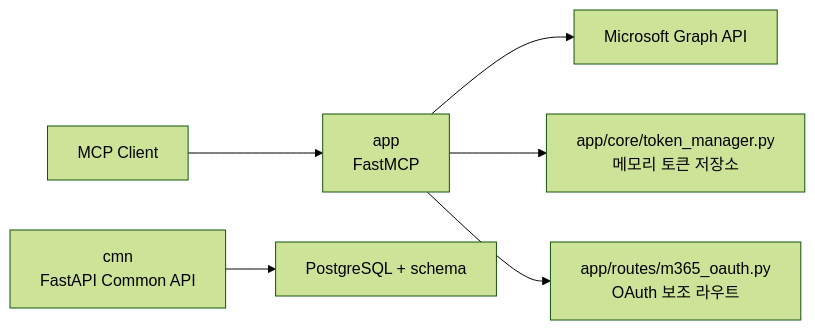
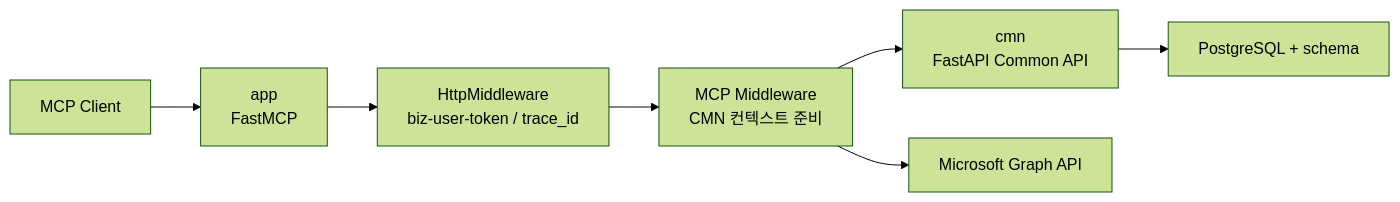
One commit to leodev901/mcp-mail changed the second of 6 diagrams in README.md. Above: the diagram before and after it, drawn with Mermaid (forest theme). The commit also changed other lines of this file and 27 other files, not shown here.

````diff
--- a/README.md
+++ b/README.md
@@ -86,16 +91,17 @@
 ```mermaid
 flowchart LR
     Client["MCP Client"]
     App["app<br/>FastMCP"]
-    AppToken["app/core/token_manager.py<br/>메모리 토큰 저장소"]
-    AppOAuth["app/routes/m365_oauth.py<br/>OAuth 보조 라우트"]
+    HTTP["HttpMiddleware<br/>biz-user-token / trace_id"]
+    MCP["MCP Middleware<br/>CMN 컨텍스트 준비"]
     Cmn["cmn<br/>FastAPI Common API"]
     CmnDB["PostgreSQL + schema"]
     Graph["Microsoft Graph API"]
 
     Client --> App
-    App --> Graph
-    App --> AppToken
-    App --> AppOAuth
+    App --> HTTP
+    HTTP --> MCP
+    MCP --> Cmn
     Cmn --> CmnDB
+    MCP --> Graph
 ```
````
